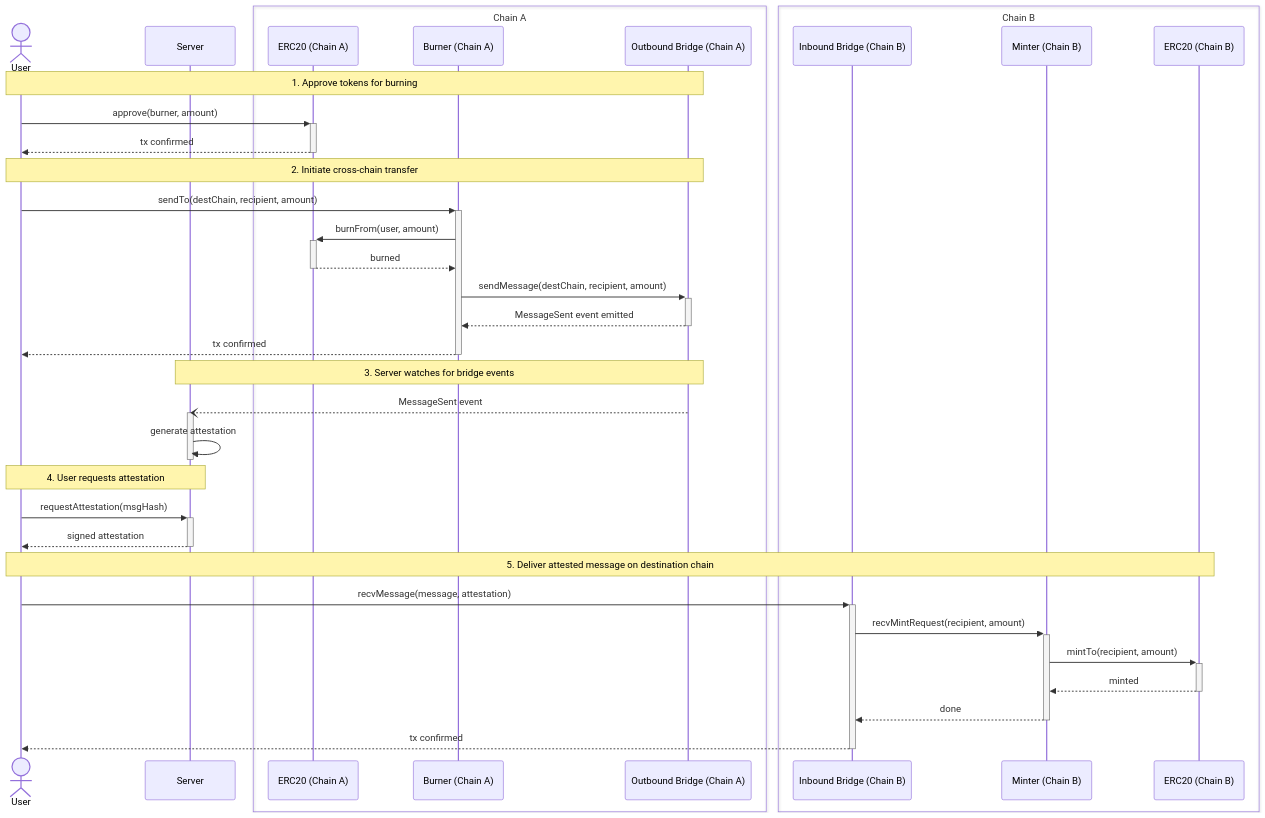
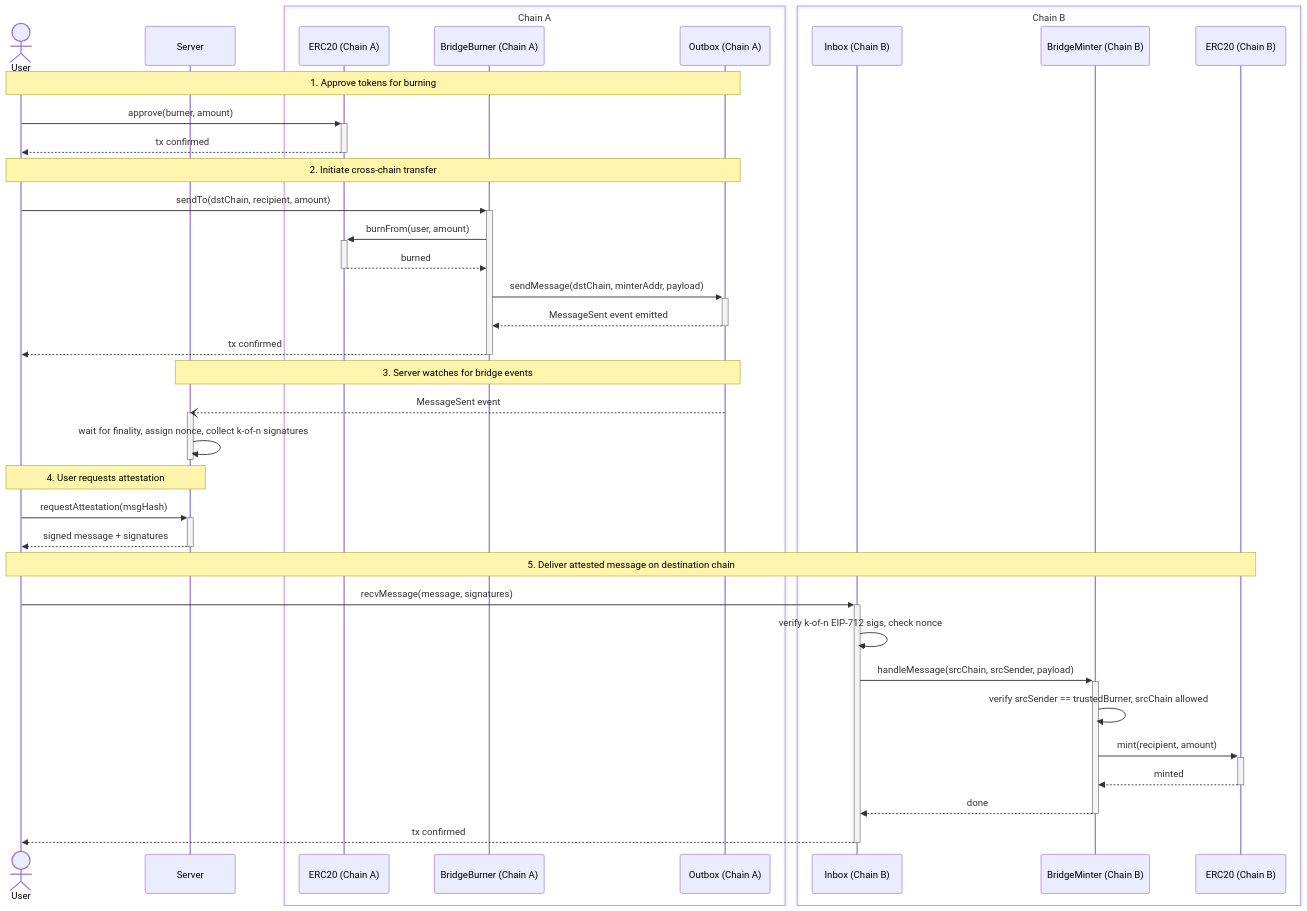
One commit to lambdaclass/stablecoin changed the diagram in docs/bridge.md. Above: the diagram before and after it, drawn with Mermaid. The commit also changed other lines of this file, not shown here.

Commit message:
docs: add high-level bridge spec

````diff
--- a/docs/bridge.md
+++ b/docs/bridge.md
@@ -5,52 +135,54 @@
 ```mermaid
 sequenceDiagram
     actor User
     participant Server
 
     box Chain A
         participant ERC20_A as ERC20 (Chain A)
-        participant Burner as Burner (Chain A)
-        participant OutBridge as Outbound Bridge (Chain A)
+        participant Burner as BridgeBurner (Chain A)
+        participant Outbox as Outbox (Chain A)
     end
 
     box Chain B
-        participant InBridge as Inbound Bridge (Chain B)
-        participant Minter as Minter (Chain B)
+        participant Inbox as Inbox (Chain B)
+        participant Minter as BridgeMinter (Chain B)
         participant ERC20_B as ERC20 (Chain B)
     end
 
-    Note over User, OutBridge: 1. Approve tokens for burning
+    Note over User, Outbox: 1. Approve tokens for burning
 
     User ->>+ ERC20_A: approve(burner, amount)
     ERC20_A -->>- User: tx confirmed
 
-    Note over User, OutBridge: 2. Initiate cross-chain transfer
+    Note over User, Outbox: 2. Initiate cross-chain transfer
 
-    User ->>+ Burner: sendTo(destChain, recipient, amount)
+    User ->>+ Burner: sendTo(dstChain, recipient, amount)
     Burner ->>+ ERC20_A: burnFrom(user, amount)
     ERC20_A -->>- Burner: burned
-    Burner ->>+ OutBridge: sendMessage(destChain, recipient, amount)
-    OutBridge -->>- Burner: MessageSent event emitted
+    Burner ->>+ Outbox: sendMessage(dstChain, minterAddr, payload)
+    Outbox -->>- Burner: MessageSent event emitted
     Burner -->>- User: tx confirmed
 
-    Note over Server, OutBridge: 3. Server watches for bridge events
+    Note over Server, Outbox: 3. Server watches for bridge events
 
-    OutBridge --) Server: MessageSent event
+    Outbox --) Server: MessageSent event
     activate Server
-    Server ->> Server: generate attestation
+    Server ->> Server: wait for finality, assign nonce, collect k-of-n signatures
     deactivate Server
 
     Note over User, Server: 4. User requests attestation
 
     User ->>+ Server: requestAttestation(msgHash)
-    Server -->>- User: signed attestation
+    Server -->>- User: signed message + signatures
 
     Note over User, ERC20_B: 5. Deliver attested message on destination chain
 
-    User ->>+ InBridge: recvMessage(message, attestation)
-    InBridge ->>+ Minter: recvMintRequest(recipient, amount)
-    Minter ->>+ ERC20_B: mintTo(recipient, amount)
+    User ->>+ Inbox: recvMessage(message, signatures)
+    Inbox ->> Inbox: verify k-of-n EIP-712 sigs, check nonce
+    Inbox ->>+ Minter: handleMessage(srcChain, srcSender, payload)
+    Minter ->> Minter: verify srcSender == trustedBurner, srcChain allowed
+    Minter ->>+ ERC20_B: mint(recipient, amount)
     ERC20_B -->>- Minter: minted
-    Minter -->>- InBridge: done
-    InBridge -->>- User: tx confirmed
+    Minter -->>- Inbox: done
+    Inbox -->>- User: tx confirmed
 ```
````
